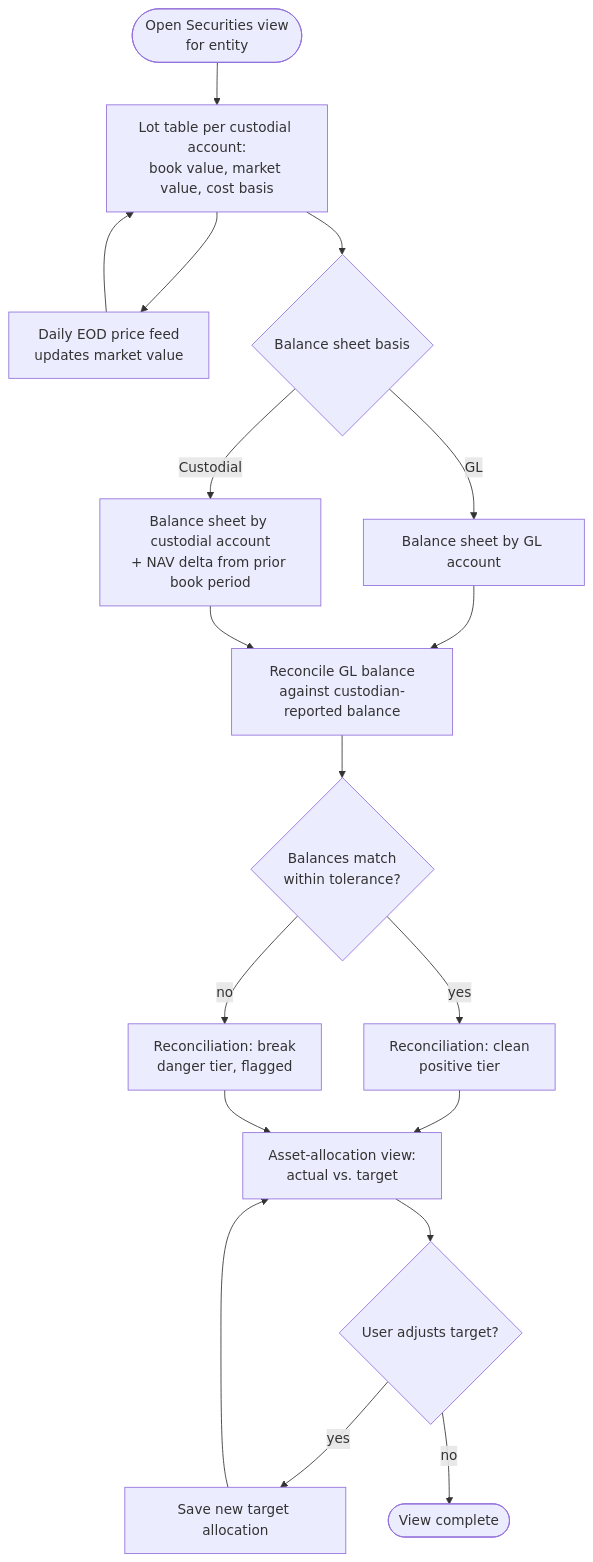
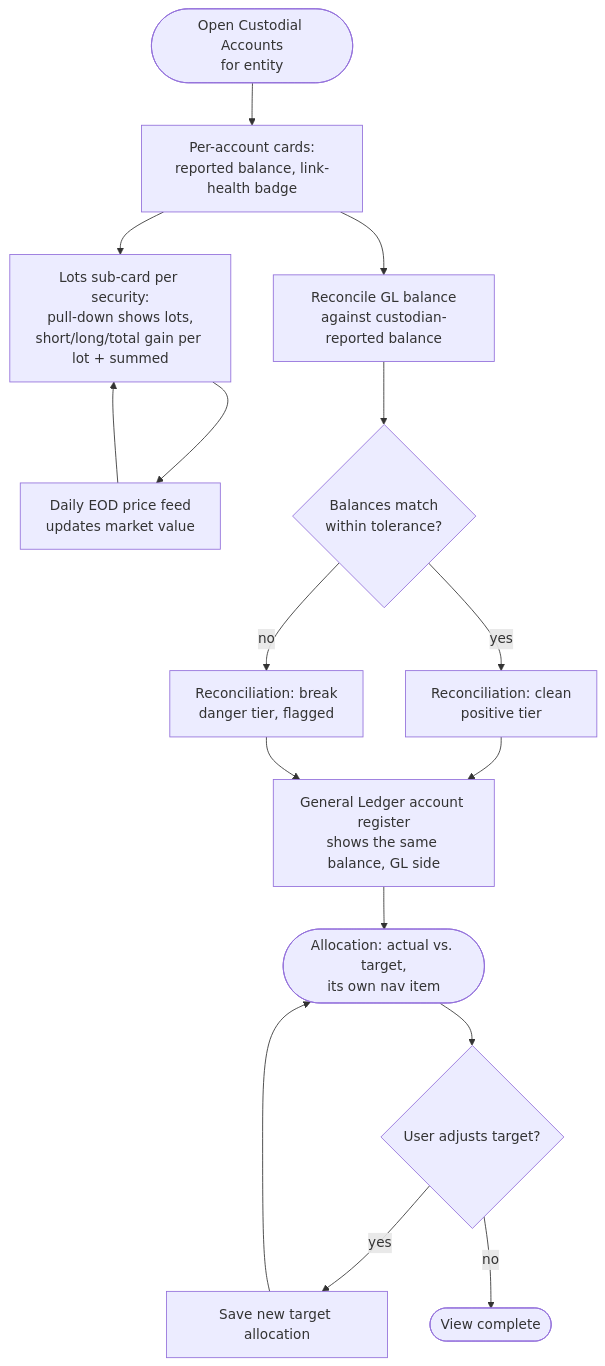
The diagram in docs/DESIGN/flows/securities-lots-flow.md (richmosko/polycarpic), drawn with Mermaid before and after one commit. The commit also changed other lines of this file and 6 other files, not shown here.

````diff
--- a/docs/DESIGN/flows/securities-lots-flow.md
+++ b/docs/DESIGN/flows/securities-lots-flow.md
@@ -5,20 +7,18 @@
 ```mermaid
 flowchart TD
-  view([Open Securities view\nfor entity]) --> lots[Lot table per custodial account:\nbook value, market value, cost basis]
-  lots --> priceFeed[Daily EOD price feed\nupdates market value]
-  priceFeed --> lots
-  lots --> toggle{Balance sheet basis}
-  toggle -- GL --> glSheet[Balance sheet by GL account]
-  toggle -- Custodial --> custSheet[Balance sheet by custodial account\n+ NAV delta from prior book period]
-  glSheet --> reconcile[Reconcile GL balance\nagainst custodian-reported balance]
-  custSheet --> reconcile
+  view([Open Custodial Accounts\nfor entity]) --> accounts[Per-account cards:\nreported balance, link-health badge]
+  accounts --> lotsCard[Lots sub-card per security:\npull-down shows lots,\nshort/long/total gain per lot + summed]
+  lotsCard --> priceFeed[Daily EOD price feed\nupdates market value]
+  priceFeed --> lotsCard
+  accounts --> reconcile[Reconcile GL balance\nagainst custodian-reported balance]
   reconcile --> match{Balances match\nwithin tolerance?}
   match -- yes --> clean[Reconciliation: clean\npositive tier]
   match -- no --> break[Reconciliation: break\ndanger tier, flagged]
-  clean --> allocation[Asset-allocation view:\nactual vs. target]
-  break --> allocation
-  allocation --> adjust{User adjusts target?}
+  clean --> glLink[General Ledger account register\nshows the same balance, GL side]
+  break --> glLink
+  glLink --> allocLink([Allocation: actual vs. target,\nits own nav item])
+  allocLink --> adjust{User adjusts target?}
   adjust -- yes --> saveTarget[Save new target allocation]
-  saveTarget --> allocation
+  saveTarget --> allocLink
   adjust -- no --> done([View complete])
 ```
````
